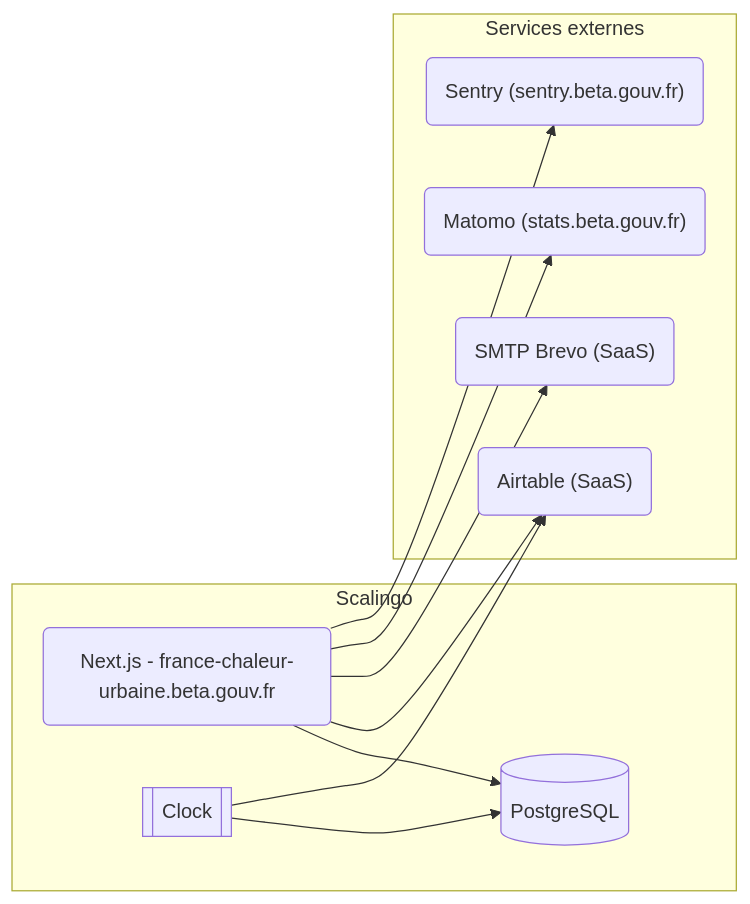
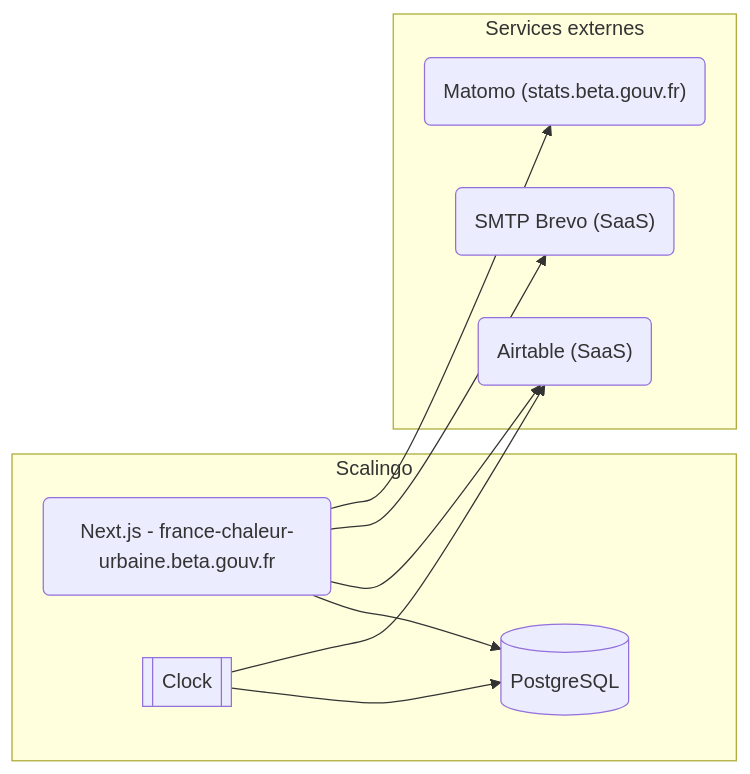
Before and after one commit to betagouv/france-chaleur-urbaine: the diagram in README.md, drawn with Mermaid. The commit also changed 17 other files, not shown here.

````diff
--- a/README.md
+++ b/README.md
@@ -146,14 +146,13 @@
 ```mermaid
 graph LR;
     subgraph Scalingo
         N("Next.js - france-chaleur-urbaine.beta.gouv.fr")-->BDD@{shape: cyl, label: "PostgreSQL"};
         C[[Clock]]-->BDD;
     end
     subgraph Services externes
       C-->A;
       N-->A("Airtable (SaaS)");
       N-->B("SMTP Brevo (SaaS)");
       N-->M("Matomo (stats.beta.gouv.fr)");
-      N-->S("Sentry (sentry.beta.gouv.fr)");
     end
 ```
````
